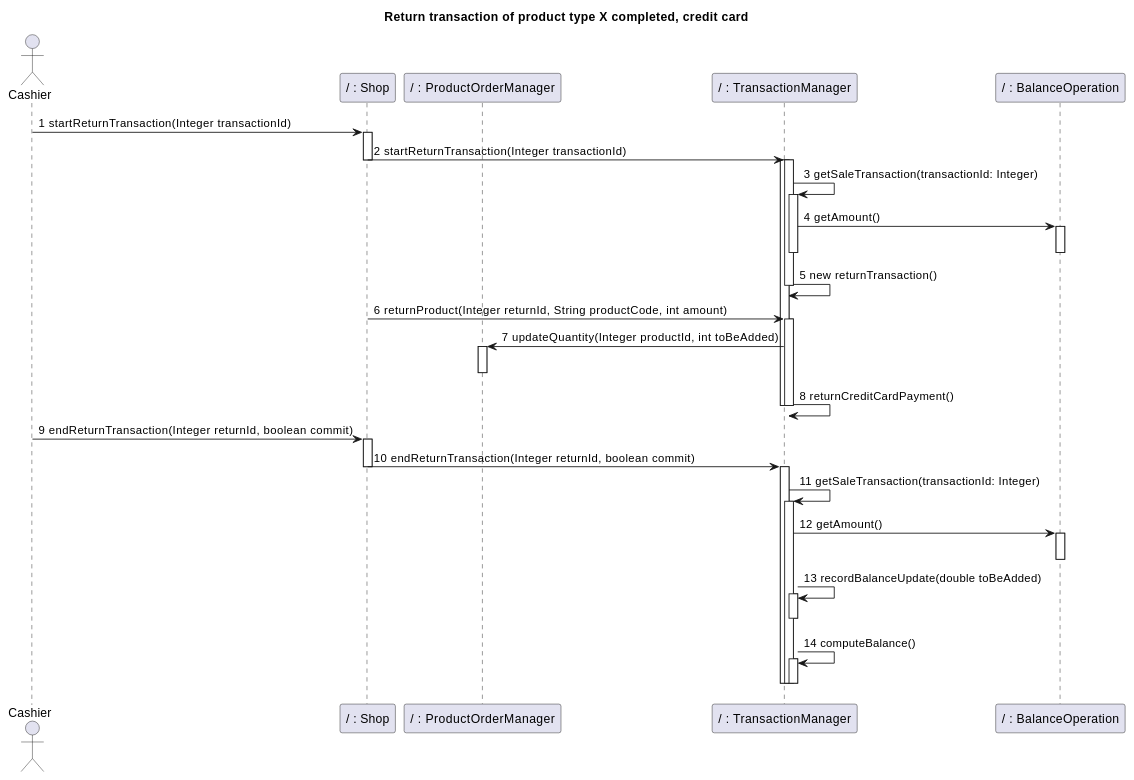
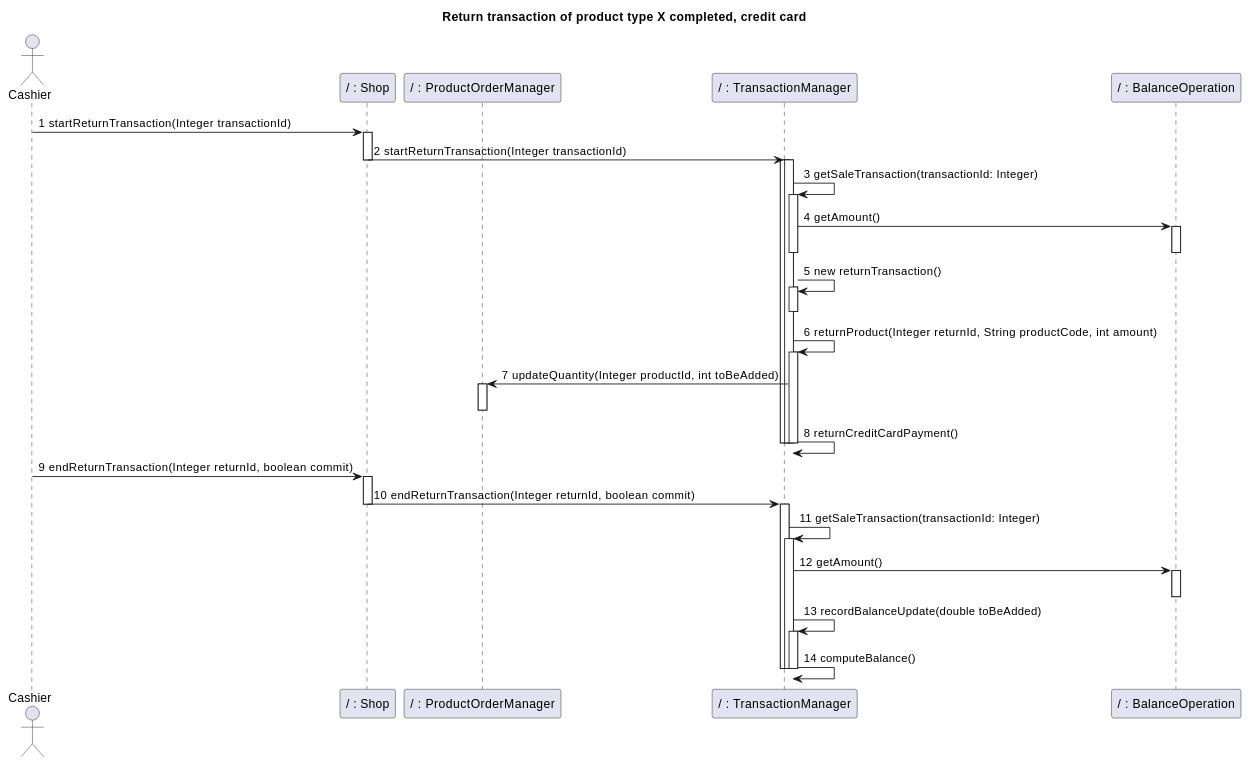
One commit to nicolabattaglino/ezshop changed diagram 28 of 32 in Deliverables/DesignDocument.md. Above: the diagram before and after it, drawn with PlantUML. The commit also changed other lines of this file, not shown here.

````diff
--- a/Deliverables/DesignDocument.md
+++ b/Deliverables/DesignDocument.md
@@ -1359,56 +1359,56 @@
 ```plantuml
 @startuml
 
 title
 Return transaction of product type X completed, credit card
 end title
 
 
 actor Cashier
 participant "/ : Shop" as Shop
 participant "/ : ProductOrderManager" as ProductOrderManager
 participant "/ : TransactionManager" as TransactionManager
 participant "/ : BalanceOperation" as BalanceOperation
 Cashier -> Shop :1 startReturnTransaction(Integer transactionId)
 activate Shop
 Shop -> TransactionManager:2 startReturnTransaction(Integer transactionId)
 Deactivate Shop
 activate TransactionManager
 activate TransactionManager
 TransactionManager -> TransactionManager:3 getSaleTransaction(transactionId: Integer)
 activate TransactionManager
 TransactionManager -> BalanceOperation :4 getAmount()
 activate BalanceOperation
 deactivate BalanceOperation
 deactivate TransactionManager
 TransactionManager -> TransactionManager:5 new returnTransaction()
+activate TransactionManager
 deactivate TransactionManager
-Shop -> TransactionManager:6 returnProduct(Integer returnId, String productCode, int amount)
+TransactionManager -> TransactionManager:6 returnProduct(Integer returnId, String productCode, int amount)
 activate TransactionManager
 TransactionManager -> ProductOrderManager:7 updateQuantity(Integer productId, int toBeAdded)
 activate ProductOrderManager
 deactivate ProductOrderManager
 TransactionManager -> TransactionManager:8 returnCreditCardPayment()
+deactivate TransactionManager
 deactivate TransactionManager 
 deactivate TransactionManager 
 Cashier -> Shop :9 endReturnTransaction(Integer returnId, boolean commit)
 activate Shop
 Shop -> TransactionManager:10 endReturnTransaction(Integer returnId, boolean commit)
 deactivate Shop
 activate TransactionManager
 TransactionManager -> TransactionManager:11 getSaleTransaction(transactionId: Integer)
 activate TransactionManager
 TransactionManager -> BalanceOperation :12 getAmount()
 activate BalanceOperation
 deactivate BalanceOperation 
 TransactionManager -> TransactionManager:13 recordBalanceUpdate(double toBeAdded)
 activate TransactionManager 
-deactivate TransactionManager 
 TransactionManager -> TransactionManager:14 computeBalance()
-activate TransactionManager
 deactivate TransactionManager
 deactivate TransactionManager
 deactivate TransactionManager 
 
 @enduml
 ```
````
